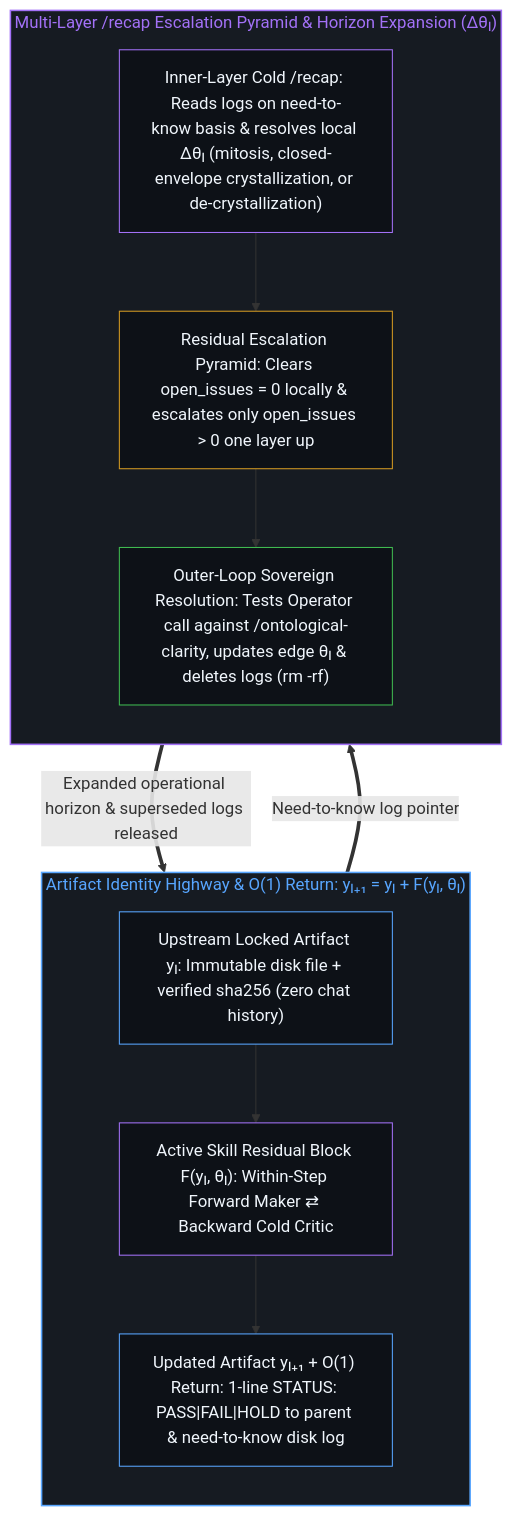
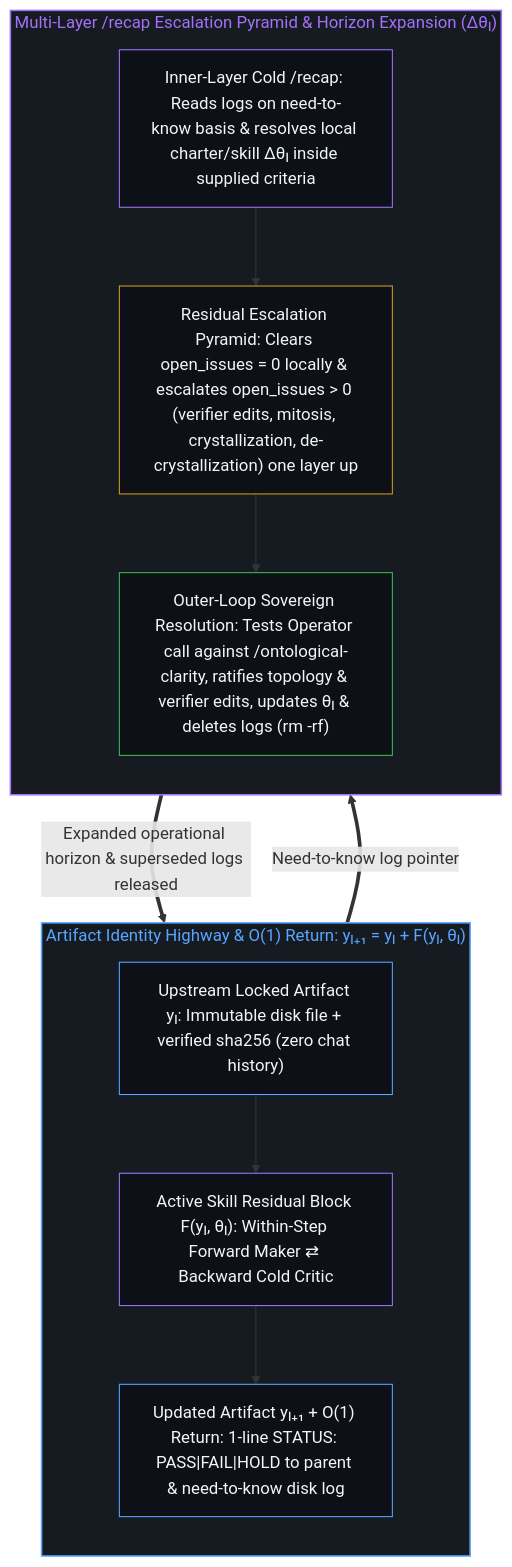
One commit to powerpig99/not-a-toe changed the fourth of 4 diagrams in content/posts/dynamic-resnet-of-skill-loops.md. Above: the diagram before and after it, drawn with Mermaid. The commit also changed other lines of this file and 4 other files, not shown here.

````diff
--- a/content/posts/dynamic-resnet-of-skill-loops.md
+++ b/content/posts/dynamic-resnet-of-skill-loops.md
@@ -145,27 +145,27 @@
 ```mermaid
 flowchart TD
     subgraph S_Highway["Artifact Identity Highway & O(1) Return: yₗ₊₁ = yₗ + F(yₗ, θₗ)"]
         direction TB
         H_In["Upstream Locked Artifact yₗ: Immutable disk file + verified sha256 (zero chat history)"]
         H_Block["Active Skill Residual Block F(yₗ, θₗ): Within-Step Forward Maker ⇄ Backward Cold Critic"]
         H_Out["Updated Artifact yₗ₊₁ + O(1) Return: 1-line STATUS: PASS|FAIL|HOLD to parent & need-to-know disk log"]
         H_In --> H_Block --> H_Out
     end
     subgraph S_Dynamic["Multi-Layer /recap Escalation Pyramid & Horizon Expansion (Δθₗ)"]
         direction TB
-        D_Local["Inner-Layer Cold /recap: Reads logs on need-to-know basis & resolves local Δθₗ (mitosis, closed-envelope crystallization, or de-crystallization)"]
-        D_Esc["Residual Escalation Pyramid: Clears open_issues = 0 locally & escalates only open_issues > 0 one layer up"]
-        D_Ratify["Outer-Loop Sovereign Resolution: Tests Operator call against /ontological-clarity, updates edge θₗ & deletes logs (rm -rf)"]
+        D_Local["Inner-Layer Cold /recap: Reads logs on need-to-know basis & resolves local charter/skill Δθₗ inside supplied criteria"]
+        D_Esc["Residual Escalation Pyramid: Clears open_issues = 0 locally & escalates open_issues > 0 (verifier edits, mitosis, crystallization, de-crystallization) one layer up"]
+        D_Ratify["Outer-Loop Sovereign Resolution: Tests Operator call against /ontological-clarity, ratifies topology & verifier edits, updates θₗ & deletes logs (rm -rf)"]
         D_Local --> D_Esc --> D_Ratify
     end
     H_Out ==>|"Need-to-know log pointer"| D_Local
     D_Ratify ==>|"Expanded operational horizon & superseded logs released"| H_In
     style S_Highway fill:#161b22,stroke:#58a6ff,stroke-width:1.5px,color:#58a6ff
     style S_Dynamic fill:#161b22,stroke:#a371f7,stroke-width:1.5px,color:#a371f7
     style H_In fill:#0d1117,stroke:#58a6ff,stroke-width:1px,color:#f0f6fc
     style H_Block fill:#0d1117,stroke:#a371f7,stroke-width:1px,color:#f0f6fc
     style H_Out fill:#0d1117,stroke:#58a6ff,stroke-width:1px,color:#f0f6fc
     style D_Local fill:#0d1117,stroke:#a371f7,stroke-width:1px,color:#f0f6fc
     style D_Esc fill:#0d1117,stroke:#d29922,stroke-width:1px,color:#f0f6fc
     style D_Ratify fill:#0d1117,stroke:#3fb950,stroke-width:1px,color:#f0f6fc
 ```
````
